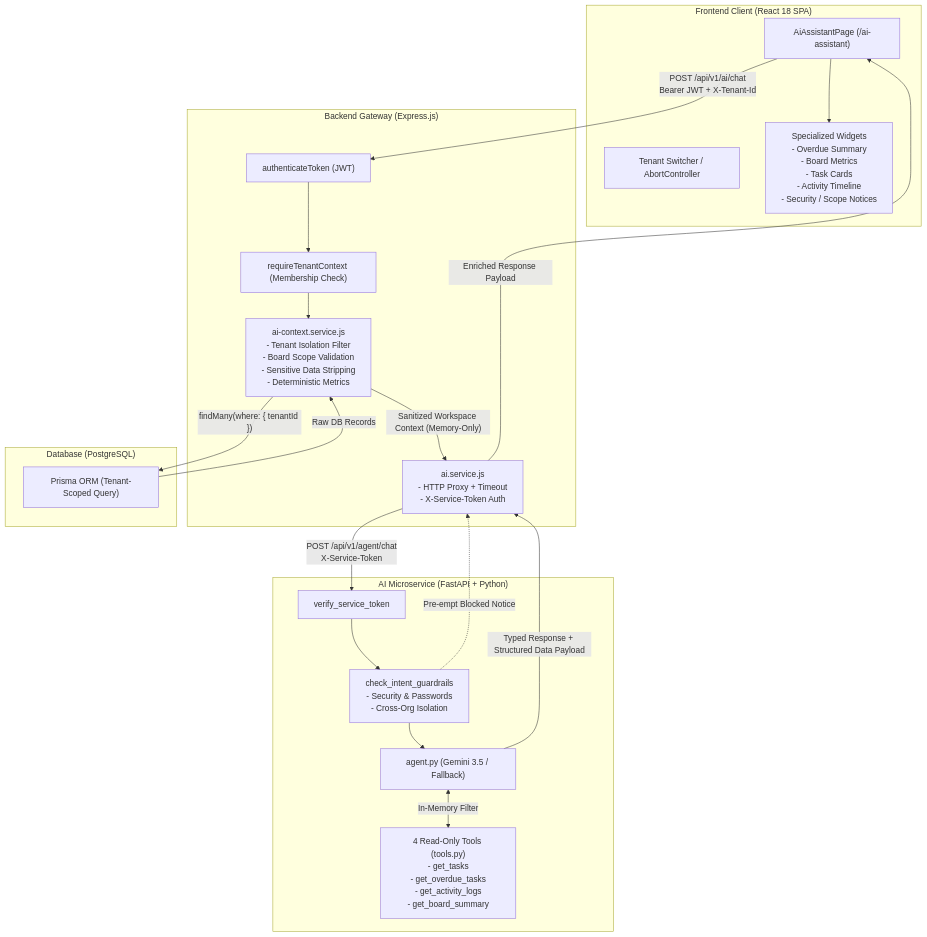
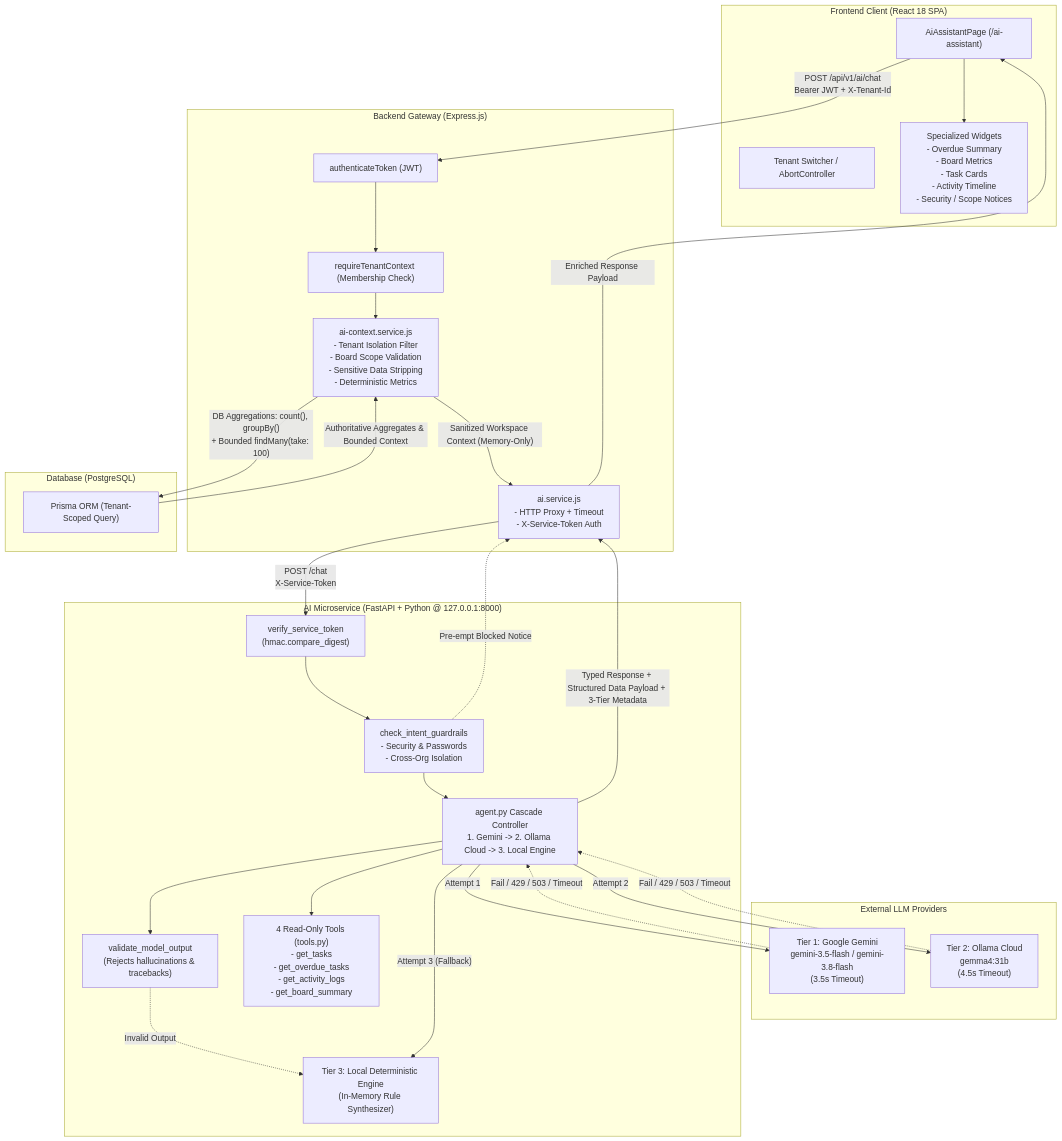
One commit to Nikhil166-tech/julleyonline-fde-assignment. changed the diagram in docs/ai-assistant.md. Above: the diagram before and after it, drawn with Mermaid. The commit also changed other lines of this file and 19 other files, not shown here.

Commit message:
feat(ai): harden AI assistant with PostgreSQL aggregations, constant-time token auth, 3-tier cascade and synchronized docs

````diff
--- a/docs/ai-assistant.md
+++ b/docs/ai-assistant.md
@@ -33,41 +43,55 @@
 ```mermaid
 flowchart TD
     subgraph Frontend["Frontend Client (React 18 SPA)"]
         UI["AiAssistantPage (/ai-assistant)"]
         ContextHold["Tenant Switcher / AbortController"]
         Widgets["Specialized Widgets<br/>- Overdue Summary<br/>- Board Metrics<br/>- Task Cards<br/>- Activity Timeline<br/>- Security / Scope Notices"]
     end
 
     subgraph BackendGateway["Backend Gateway (Express.js)"]
         AuthMiddleware["authenticateToken (JWT)"]
         TenantMiddleware["requireTenantContext (Membership Check)"]
         ContextService["ai-context.service.js<br/>- Tenant Isolation Filter<br/>- Board Scope Validation<br/>- Sensitive Data Stripping<br/>- Deterministic Metrics"]
         ProxyService["ai.service.js<br/>- HTTP Proxy + Timeout<br/>- X-Service-Token Auth"]
     end
 
     subgraph Database["Database (PostgreSQL)"]
         Prisma["Prisma ORM (Tenant-Scoped Query)"]
     end
 
-    subgraph AIService["AI Microservice (FastAPI + Python)"]
-        TokenAuth["verify_service_token"]
+    subgraph ExternalLLMs["External LLM Providers"]
+        Gemini["Tier 1: Google Gemini<br/>gemini-3.5-flash / gemini-3.8-flash<br/>(3.5s Timeout)"]
+        OllamaCloud["Tier 2: Ollama Cloud<br/>gemma4:31b<br/>(4.5s Timeout)"]
+    end
+
+    subgraph AIService["AI Microservice (FastAPI + Python @ 127.0.0.1:8000)"]
+        TokenAuth["verify_service_token<br/>(hmac.compare_digest)"]
         Guardrails["check_intent_guardrails<br/>- Security & Passwords<br/>- Cross-Org Isolation"]
-        AgentEngine["agent.py (Gemini 3.5 / Fallback)"]
+        AgentEngine["agent.py Cascade Controller<br/>1. Gemini -> 2. Ollama Cloud -> 3. Local Engine"]
+        DeterministicEngine["Tier 3: Local Deterministic Engine<br/>(In-Memory Rule Synthesizer)"]
+        OutputValidator["validate_model_output<br/>(Rejects hallucinations & tracebacks)"]
         Tools["4 Read-Only Tools (tools.py)<br/>- get_tasks<br/>- get_overdue_tasks<br/>- get_activity_logs<br/>- get_board_summary"]
     end
 
     UI -->|"POST /api/v1/ai/chat<br/>Bearer JWT + X-Tenant-Id"| AuthMiddleware
     AuthMiddleware --> TenantMiddleware
     TenantMiddleware --> ContextService
-    ContextService -->|"findMany(where: { tenantId })"| Prisma
-    Prisma -->|"Raw DB Records"| ContextService
+    ContextService -->|"DB Aggregations: count(), groupBy()<br/>+ Bounded findMany(take: 100)"| Prisma
+    Prisma -->|"Authoritative Aggregates & Bounded Context"| ContextService
     ContextService -->|"Sanitized Workspace Context (Memory-Only)"| ProxyService
-    ProxyService -->|"POST /api/v1/agent/chat<br/>X-Service-Token"| TokenAuth
+    ProxyService -->|"POST /chat<br/>X-Service-Token"| TokenAuth
     TokenAuth --> Guardrails
     Guardrails -.->|"Pre-empt Blocked Notice"| ProxyService
     Guardrails --> AgentEngine
-    AgentEngine <-->|"In-Memory Filter"| Tools
-    AgentEngine -->|"Typed Response + Structured Data Payload"| ProxyService
+    AgentEngine --> Tools
+    AgentEngine -->|"Attempt 1"| Gemini
+    Gemini -.->|"Fail / 429 / 503 / Timeout"| AgentEngine
+    AgentEngine -->|"Attempt 2"| OllamaCloud
+    OllamaCloud -.->|"Fail / 429 / 503 / Timeout"| AgentEngine
+    AgentEngine --> OutputValidator
+    OutputValidator -.->|"Invalid Output"| DeterministicEngine
+    AgentEngine -->|"Attempt 3 (Fallback)"| DeterministicEngine
+    AgentEngine -->|"Typed Response + Structured Data Payload + 3-Tier Metadata"| ProxyService
     ProxyService -->|"Enriched Response Payload"| UI
     UI --> Widgets
 ```
````
